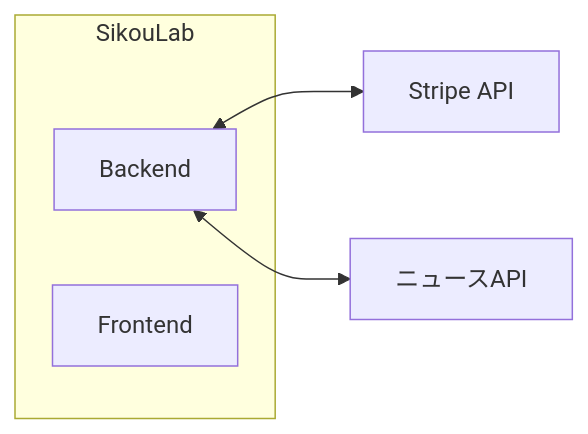
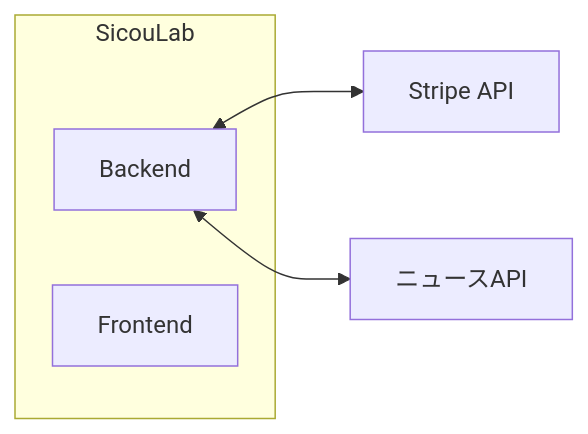
The third of 3 diagrams in .claude/skills/system-design/SKILL.md (RRRRRRR-777/SikouLab), drawn with Mermaid before and after one commit. The commit also changed other lines of this file and 30 other files, not shown here.

First line of the commit message:
refactor: SikouLab → SicouLab 全リネーム

````diff
--- a/.claude/skills/system-design/SKILL.md
+++ b/.claude/skills/system-design/SKILL.md
@@ -168,10 +168,10 @@
 ```mermaid
 flowchart LR
-    subgraph "SikouLab"
+    subgraph "SicouLab"
         Backend
         Frontend
     end
 
     Backend <--> Stripe[Stripe API]
     Backend <--> News[ニュースAPI]
 ```
````
